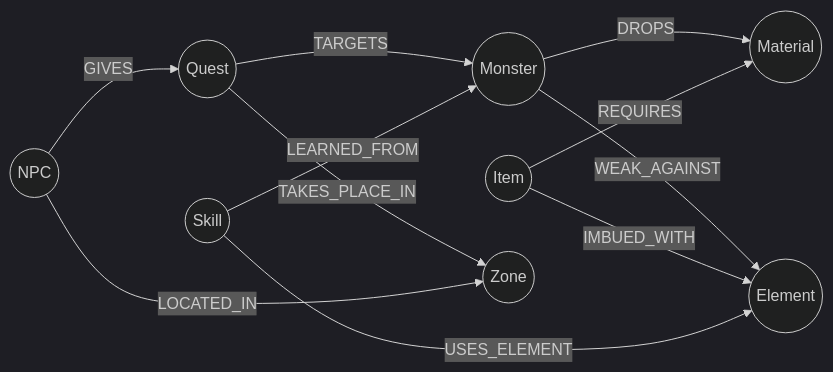
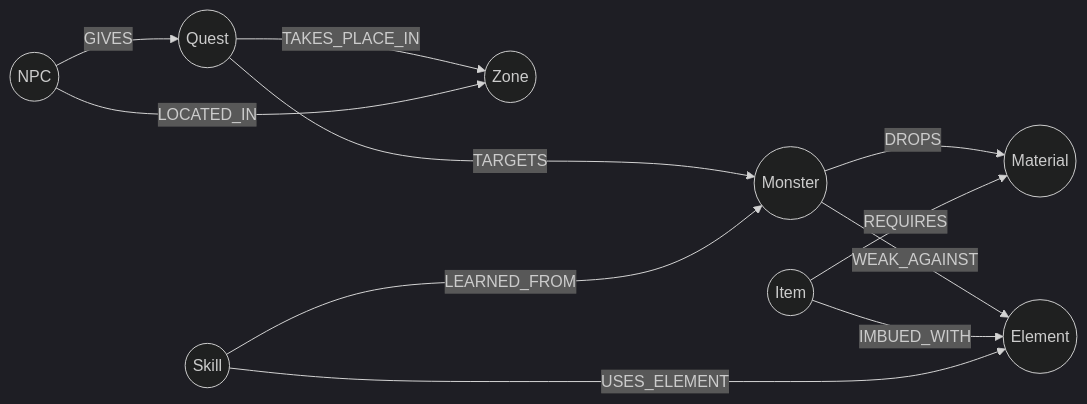
Before and after one commit to kurliko/RPG-graph-project: the third of 3 diagrams in README.md, drawn with Mermaid (dark theme).

Commit message:
docs(project): tweak Mermaid layout to push Zone to the left

````diff
--- a/README.md
+++ b/README.md
@@ -196,24 +196,24 @@
 ```mermaid
 flowchart LR
     %% Węzły (Etykiety)
     Monster((Monster))
     Material((Material))
     Item((Item))
     NPC((NPC))
     Quest((Quest))
     Skill((Skill))
     Zone((Zone))
     Element((Element))
 
     %% Relacje
     Monster -->|DROPS| Material
     Monster -->|WEAK_AGAINST| Element
     Item -->|REQUIRES| Material
     Item -->|IMBUED_WITH| Element
-    Quest -->|TARGETS| Monster
+    Quest --->|TARGETS| Monster
     Quest -->|TAKES_PLACE_IN| Zone
     NPC -->|GIVES| Quest
     NPC -->|LOCATED_IN| Zone
-    Skill -->|LEARNED_FROM| Monster
+    Skill --->|LEARNED_FROM| Monster
     Skill -->|USES_ELEMENT| Element
 ```
````
